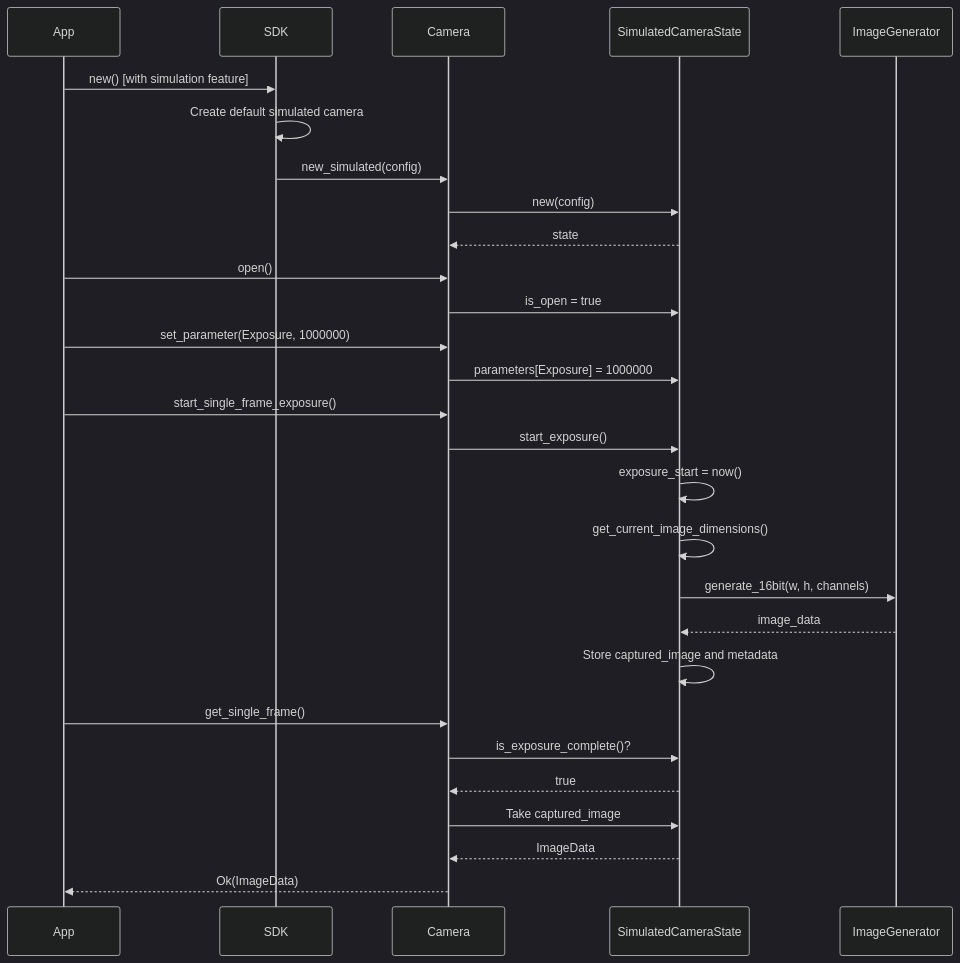
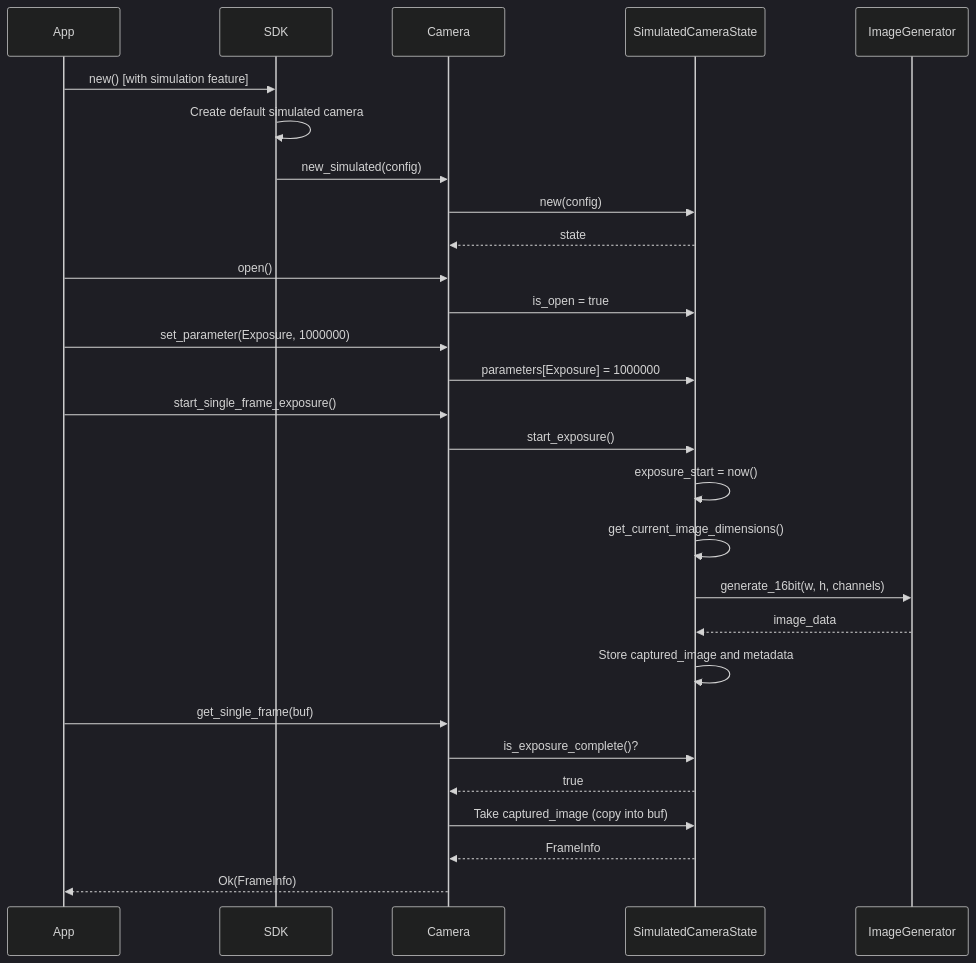
One commit to ivonnyssen/rusty-photon changed diagram 13 of 19 in crates/qhyccd-rs/docs/qhyccd-rs.md. Above: the diagram before and after it, drawn with Mermaid (dark theme). The commit also changed other lines of this file and 2 other files, not shown here.

First line of the commit message:
docs(qhyccd-rs): document Phase 5 (module consolidation + caller-owned frame buffer)

````diff
--- a/crates/qhyccd-rs/docs/qhyccd-rs.md
+++ b/crates/qhyccd-rs/docs/qhyccd-rs.md
@@ -602,35 +601,35 @@
 ```mermaid
 sequenceDiagram
     participant App
     participant SDK
     participant Camera
     participant SimState as SimulatedCameraState
     participant ImgGen as ImageGenerator
 
     App->>SDK: new() [with simulation feature]
     SDK->>SDK: Create default simulated camera
     SDK->>Camera: new_simulated(config)
     Camera->>SimState: new(config)
     SimState-->>Camera: state
 
     App->>Camera: open()
     Camera->>SimState: is_open = true
 
     App->>Camera: set_parameter(Exposure, 1000000)
     Camera->>SimState: parameters[Exposure] = 1000000
 
     App->>Camera: start_single_frame_exposure()
     Camera->>SimState: start_exposure()
     SimState->>SimState: exposure_start = now()
     SimState->>SimState: get_current_image_dimensions()
     SimState->>ImgGen: generate_16bit(w, h, channels)
     ImgGen-->>SimState: image_data
     SimState->>SimState: Store captured_image and metadata
 
-    App->>Camera: get_single_frame()
+    App->>Camera: get_single_frame(buf)
     Camera->>SimState: is_exposure_complete()?
     SimState-->>Camera: true
-    Camera->>SimState: Take captured_image
-    SimState-->>Camera: ImageData
-    Camera-->>App: Ok(ImageData)
+    Camera->>SimState: Take captured_image (copy into buf)
+    SimState-->>Camera: FrameInfo
+    Camera-->>App: Ok(FrameInfo)
 ```
````
